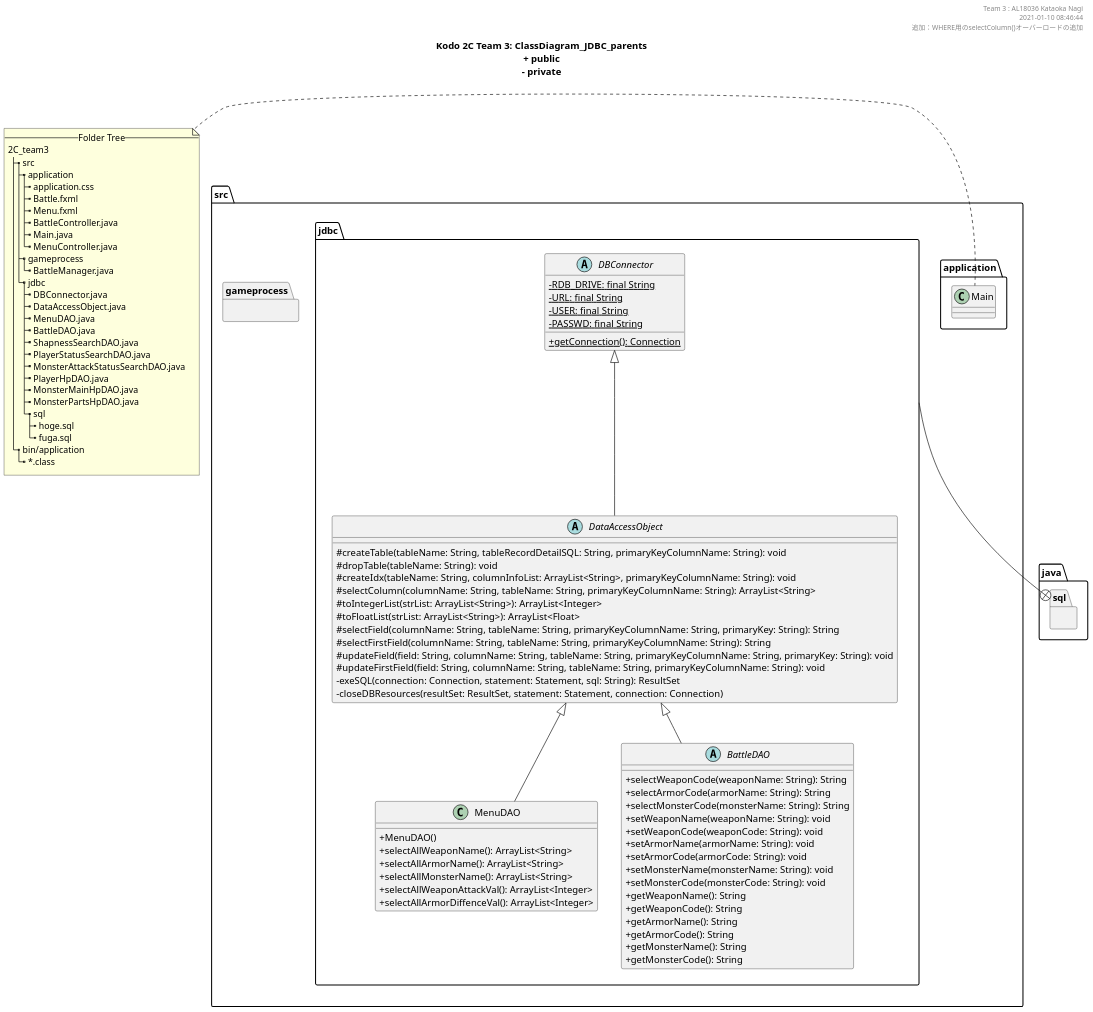
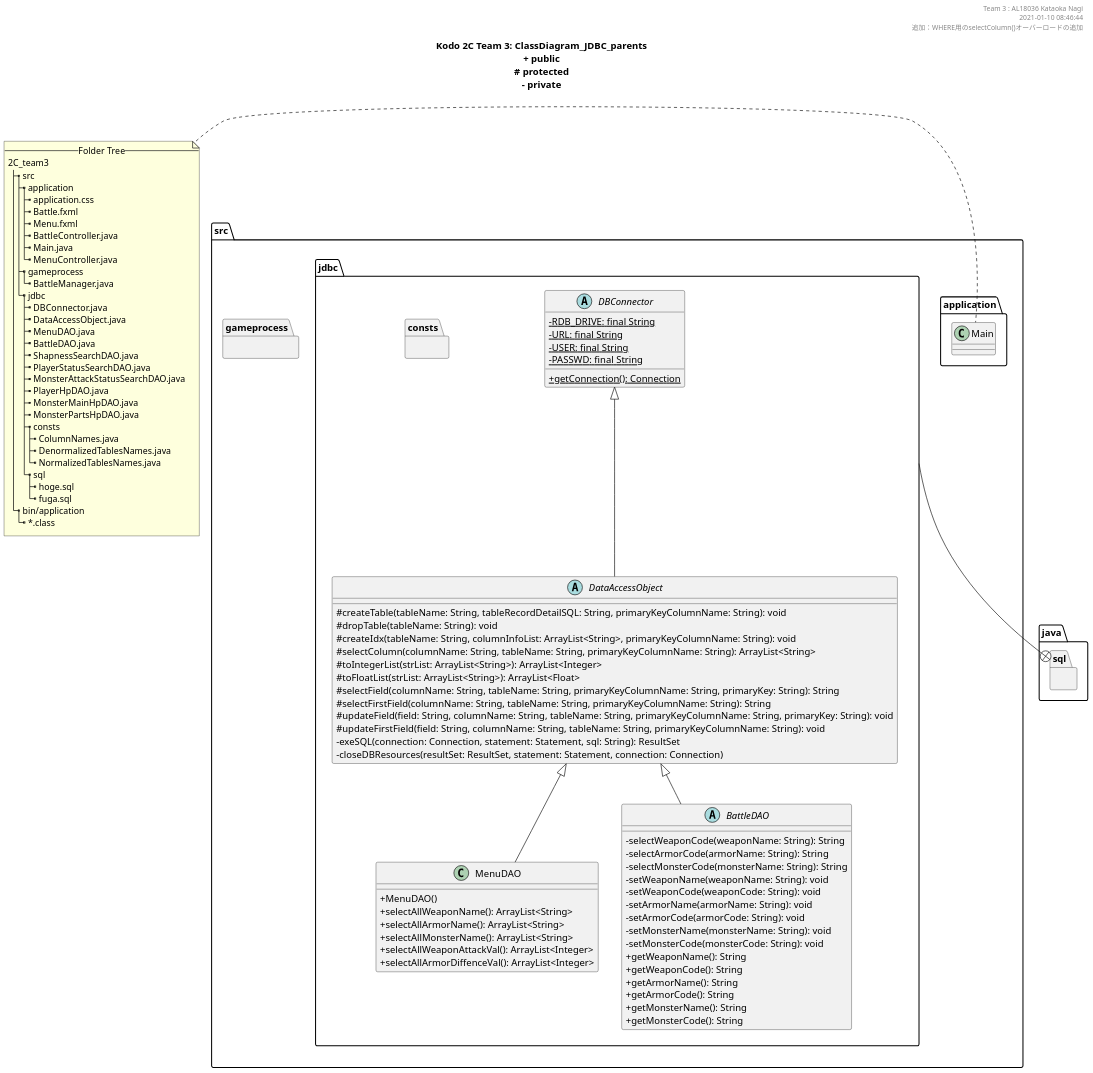
Before and after one commit to KataokaNagi/2C_team3: the diagram in uml/ClassDiagram_JDBC_parents.pu, drawn with PlantUML. The commit also changed 13 other files, not shown here.

```diff
--- a/uml/ClassDiagram_JDBC_parents.pu
+++ b/uml/ClassDiagram_JDBC_parents.pu
@@ -16,172 +16,182 @@
 @startuml ./out/ClassDiagram_JDBC_parents.png
 scale 1.5
 skinparam DefaultFontName メイリオ
 ' 可視性の変更
 skinparam classAttributeIconSize 0
 
 ''''''''''''''''''''''''''''''''''''''''''''''''''
 
 header 
 Team 3 : AL18036 Kataoka Nagi
 2021-01-10 08:46:44
 追加：WHERE用のselectColumn()オーバーロードの追加
 end header
 
 ''''''''''''''''''''''''''''''''''''''''''''''''''
 
 title
 **Kodo 2C Team 3: ClassDiagram_JDBC_parents**
 + public
+~# protected
 ~- private
 end title
 ' __static__
 
 ''''''''''''''''''''''''''''''''''''''''''''''''''''''''''''''''''''''''''''''''
 
 package src {
   package src.application {
     class Main
   }
   package src.gameprocess {
   }
   package src.jdbc {
   }
 }
 
 ''''''''''''''''''''''''''''''''''''''''''''''''''''''''''''''''''''''''''''''''
 
 note left
   --Folder Tree--
   2C_team3
   |_ src
     |_ application
       |_ application.css
       |_ Battle.fxml
       |_ Menu.fxml
       |_ BattleController.java
       |_ Main.java
       |_ MenuController.java
     |_ gameprocess
       |_ BattleManager.java
     |_ jdbc
       |_ DBConnector.java
       |_ DataAccessObject.java
       |_ MenuDAO.java
       |_ BattleDAO.java
       |_ ShapnessSearchDAO.java
       |_ PlayerStatusSearchDAO.java
       |_ MonsterAttackStatusSearchDAO.java
       |_ PlayerHpDAO.java
       |_ MonsterMainHpDAO.java
       |_ MonsterPartsHpDAO.java
+      |_ consts
+        |_ ColumnNames.java
+        |_ DenormalizedTablesNames.java
+        |_ NormalizedTablesNames.java
       |_ sql
         |_ hoge.sql
         |_ fuga.sql
   |_ bin/application
     |_ ~*.class
 end note
 
 ''''''''''''''''''''''''''''''''''''''''''''''''''''''''''''''''''''''''''''''''
 
 package java.sql {
 }
 
 ' package javafx {
 '   class Application
 '   Interface Initializable
 ' }
+
+package src.jdbc {
+  package src.jdbc.consts {
+  }
+}
 
 src.jdbc --+ java.sql
 ' src.application --+ javafx
 
 ''''''''''''''''''''''''''''''''''''''''''''''''''
 
 ' @note クラスの命名規則
 ' @see  https://qiita.com/KeithYokoma/items/ee21fec6a3ebb5d1e9a8
 
 package src.application {
 }
 
 ' 記事のクラス
   ' class ApplicationController extends Initializable {
   '   - dropDown: ChoiceBox<String>
   '   - textBox: TextField
   '   - button: Button
 
   '   + initialize(location: URL, resources: ResourceBundle): void
   '   + onClick(event: ActionEvent): void
   '   + getToolType(): ChoiceBox<String>
   '   + setToolType(toolType: ChoiceBox<String>): void
   '   + getInputFile(): TextField
   '   + setInputFile(textBox: TextField): void
   '   + getReference(): Button
   '   + setReference(button: Button): void
   ' }
 
 
 ''''''''''''''''''''''''''''''''''''''''''''''''''
 
 package src.gameprocess {
 }
 
 ''''''''''''''''''''''''''''''''''''''''''''''''''
 
 package src.jdbc {
   ' @note DAO pattern
   ' @see https://kanda-it-school-kensyu.com/java-jdbc-contents/jj_ch04/jj_0401/
 
   abstract class DBConnector {
     - {static} RDB_DRIVE: final String
     - {static} URL: final String
     - {static} USER: final String
     - {static} PASSWD: final String
 
     + {static} getConnection(): Connection
   }
 
   abstract class DataAccessObject extends DBConnector {
     # createTable(tableName: String, tableRecordDetailSQL: String, primaryKeyColumnName: String): void
     # dropTable(tableName: String): void
     # createIdx(tableName: String, columnInfoList: ArrayList<String>, primaryKeyColumnName: String): void
     # selectColumn(columnName: String, tableName: String, primaryKeyColumnName: String): ArrayList<String>
     # toIntegerList(strList: ArrayList<String>): ArrayList<Integer>
     # toFloatList(strList: ArrayList<String>): ArrayList<Float>
     # selectField(columnName: String, tableName: String, primaryKeyColumnName: String, primaryKey: String): String
     # selectFirstField(columnName: String, tableName: String, primaryKeyColumnName: String): String
     # updateField(field: String, columnName: String, tableName: String, primaryKeyColumnName: String, primaryKey: String): void
     # updateFirstField(field: String, columnName: String, tableName: String, primaryKeyColumnName: String): void
     - exeSQL(connection: Connection, statement: Statement, sql: String): ResultSet
     - closeDBResources(resultSet: ResultSet, statement: Statement, connection: Connection)
   }
 
   class MenuDAO extends DataAccessObject {
     + MenuDAO()
     + selectAllWeaponName(): ArrayList<String>
     + selectAllArmorName(): ArrayList<String>
     + selectAllMonsterName(): ArrayList<String>
     + selectAllWeaponAttackVal(): ArrayList<Integer>
     + selectAllArmorDiffenceVal(): ArrayList<Integer>
   }
 
   abstract class BattleDAO extends DataAccessObject {
-  + selectWeaponCode(weaponName: String): String
-  + selectArmorCode(armorName: String): String
-  + selectMonsterCode(monsterName: String): String
-  + setWeaponName(weaponName: String): void
-  + setWeaponCode(weaponCode: String): void
-  + setArmorName(armorName: String): void
-  + setArmorCode(armorCode: String): void
-  + setMonsterName(monsterName: String): void
-  + setMonsterCode(monsterCode: String): void
+  - selectWeaponCode(weaponName: String): String
+  - selectArmorCode(armorName: String): String
+  - selectMonsterCode(monsterName: String): String
+  - setWeaponName(weaponName: String): void
+  - setWeaponCode(weaponCode: String): void
+  - setArmorName(armorName: String): void
+  - setArmorCode(armorCode: String): void
+  - setMonsterName(monsterName: String): void
+  - setMonsterCode(monsterCode: String): void
   + getWeaponName(): String
   + getWeaponCode(): String
   + getArmorName(): String
   + getArmorCode(): String
   + getMonsterName(): String
   + getMonsterCode(): String
   }
 }
 
 ''''''''''''''''''''''''''''''''''''''''''''''''''''''''''''''''''''''''''''''''
 
 @enduml
```
